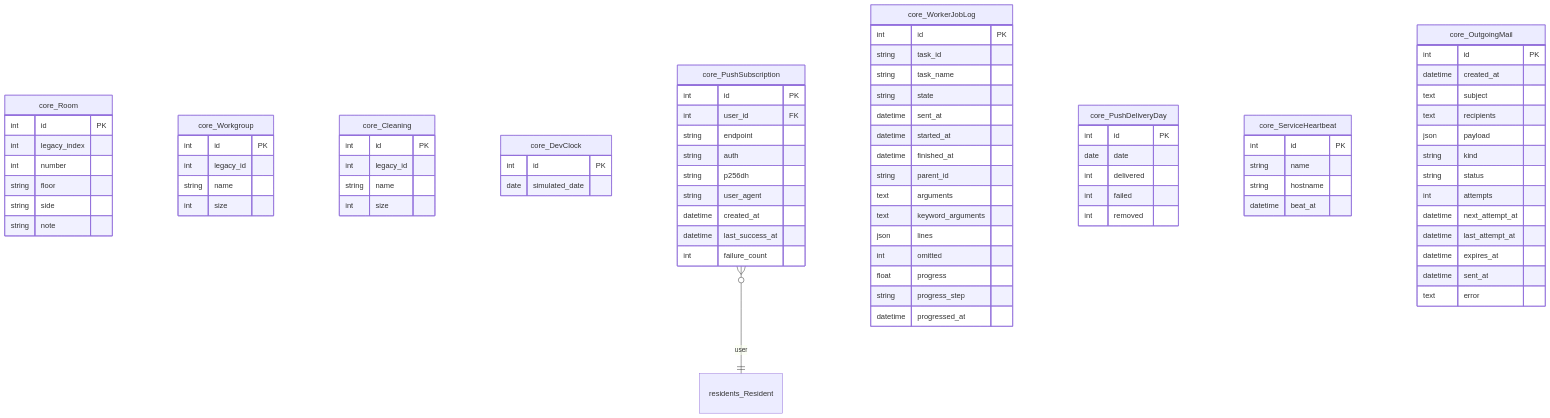
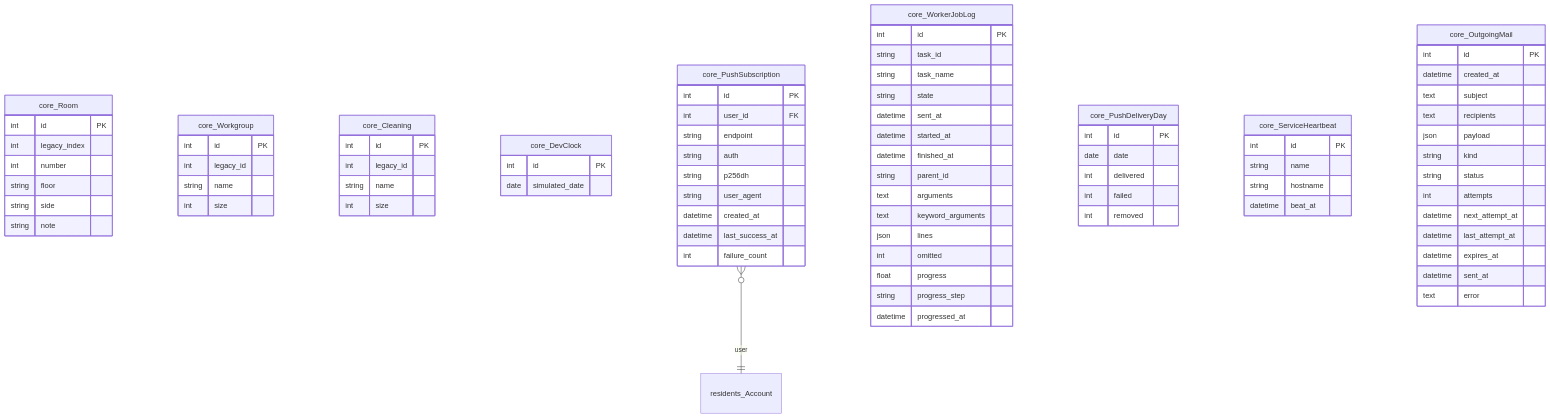
One commit to GAHK-org/gahk_intern changed the sixth of 18 diagrams in docs/erd.md. Above: the diagram before and after it, drawn with Mermaid. The commit also changed other lines of this file and 148 other files, not shown here.

````diff
--- a/docs/erd.md
+++ b/docs/erd.md
@@ -1480,7 +1494,7 @@
         text error
     }
 
-    residents_Resident { }
+    residents_Account { }
 
-    core_PushSubscription }o--|| residents_Resident : "user"
+    core_PushSubscription }o--|| residents_Account : "user"
 ```
````
